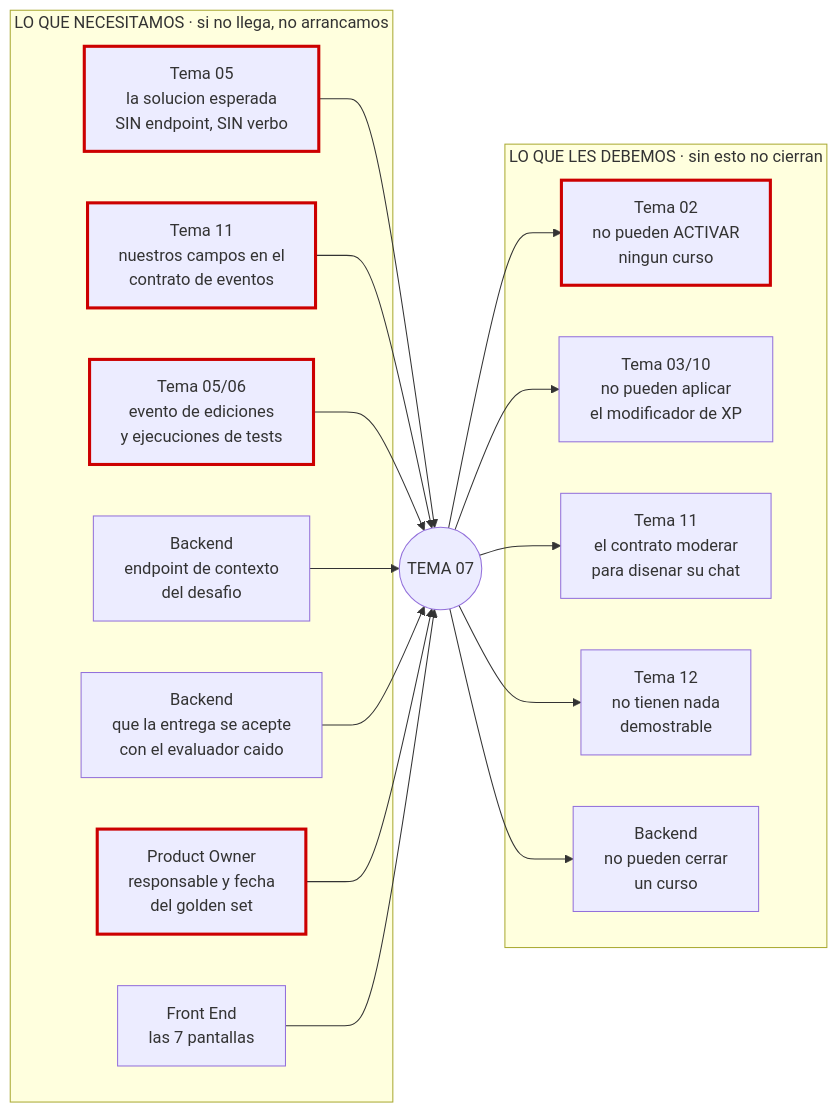
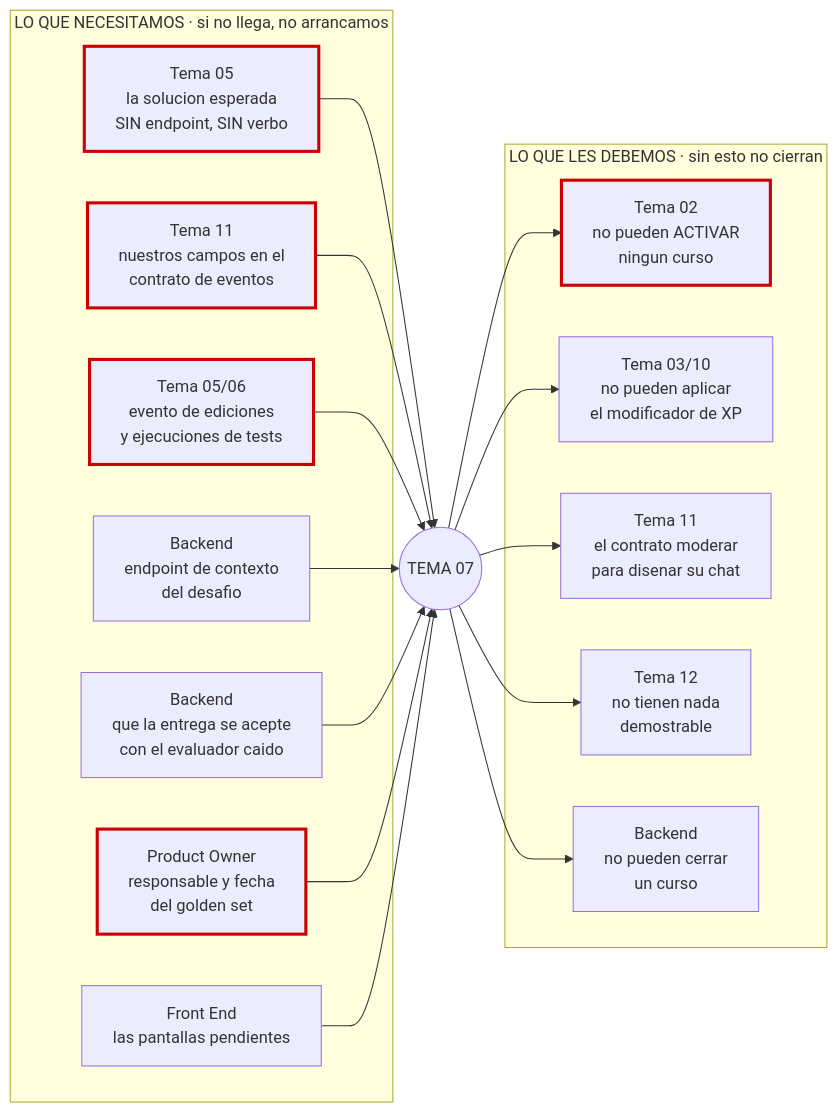
One commit to 114029-NietoLuchini-Lazaro/Doc-Tpi-Programacion changed the tenth of 10 diagrams in llm-service/docs/17-mapa-de-integracion.md. Above: the diagram before and after it, drawn with Mermaid. The commit also changed other lines of this file and 20 other files, not shown here.

````diff
--- a/llm-service/docs/17-mapa-de-integracion.md
+++ b/llm-service/docs/17-mapa-de-integracion.md
@@ -573,41 +586,41 @@
 ```mermaid
 flowchart LR
     subgraph nos["LO QUE NECESITAMOS · si no llega, no arrancamos"]
         N1["Tema 05<br/>la solucion esperada<br/>SIN endpoint, SIN verbo"]
         N2["Tema 11<br/>nuestros campos en el<br/>contrato de eventos"]
         N3["Tema 05/06<br/>evento de ediciones<br/>y ejecuciones de tests"]
         N4["Backend<br/>endpoint de contexto<br/>del desafio"]
         N5["Backend<br/>que la entrega se acepte<br/>con el evaluador caido"]
         N6["Product Owner<br/>responsable y fecha<br/>del golden set"]
-        N7["Front End<br/>las 7 pantallas"]
+        N7["Front End<br/>las pantallas pendientes"]
     end
 
     IA(("TEMA 07"))
 
     subgraph les["LO QUE LES DEBEMOS · sin esto no cierran"]
         B1["Tema 02<br/>no pueden ACTIVAR<br/>ningun curso"]
         B2["Tema 03/10<br/>no pueden aplicar<br/>el modificador de XP"]
         B3["Tema 11<br/>el contrato moderar<br/>para disenar su chat"]
         B4["Tema 12<br/>no tienen nada<br/>demostrable"]
         B5["Backend<br/>no pueden cerrar<br/>un curso"]
     end
 
     N1 --> IA
     N2 --> IA
     N3 --> IA
     N4 --> IA
     N5 --> IA
     N6 --> IA
     N7 --> IA
     IA --> B1
     IA --> B2
     IA --> B3
     IA --> B4
     IA --> B5
 
     style N1 stroke:#c00,stroke-width:3px
     style N2 stroke:#c00,stroke-width:3px
     style N3 stroke:#c00,stroke-width:3px
     style N6 stroke:#c00,stroke-width:3px
     style B1 stroke:#c00,stroke-width:3px
 ```
````
